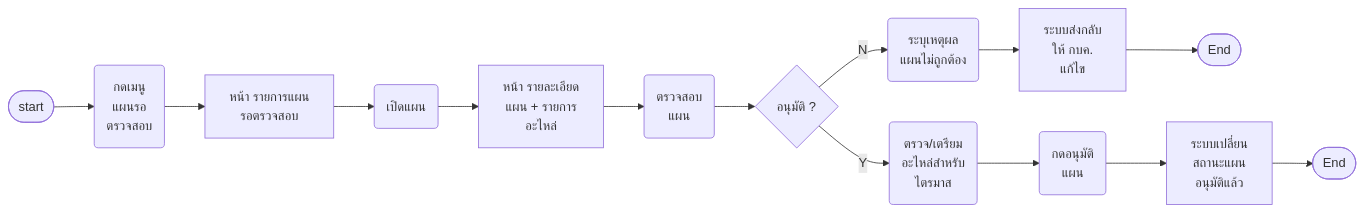
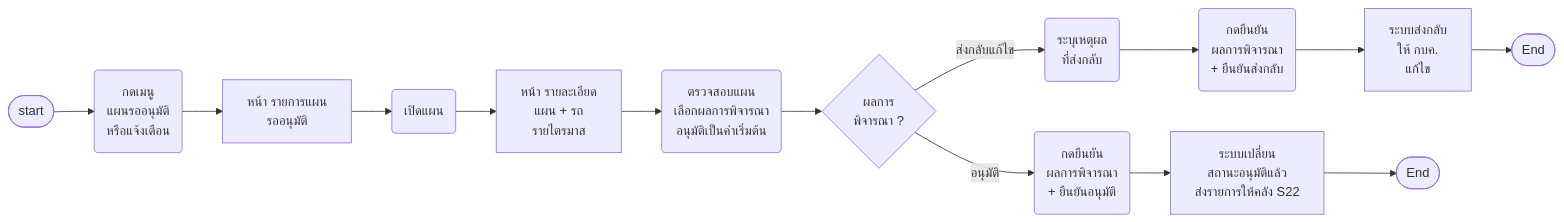
One commit to anugmail/Maintenance-Request-Form changed the second of 21 diagrams in Diagram/01-บำรุงรักษาตามวาระ/14-บำรุงรักษา-userflow.md. Above: the diagram before and after it, drawn with Mermaid. The commit also changed other lines of this file and 24 other files, not shown here.

First line of the commit message:
บำรุงรักษา: S10 กบค. / S23 ผู้รับจ้าง (แยก view · ส่งตรวจงาน · เพิ่ม แก้ไข ลบ อะไหล่และภาพ) · S11 ตรวจรับรายคันแบบการ์ด S2 · use case 76 ข้อ + ตาม scenario · export ทั้งชุดลงหน้า Maintainance

````diff
--- a/Diagram/01-บำรุงรักษาตามวาระ/14-บำรุงรักษา-userflow.md
+++ b/Diagram/01-บำรุงรักษาตามวาระ/14-บำรุงรักษา-userflow.md
@@ -111,18 +153,17 @@
 ```mermaid
 flowchart LR
-    S([start]) --> A0("กดเมนู<br/>แผนรอ<br/>ตรวจสอบ")
-    A0 --> D1["หน้า รายการแผน<br/>รอตรวจสอบ"]
+    S([start]) --> A0("กดเมนู<br/>แผนรออนุมัติ<br/>หรือแจ้งเตือน")
+    A0 --> D1["หน้า รายการแผน<br/>รออนุมัติ"]
     D1 --> A1("เปิดแผน")
-    A1 --> D2["หน้า รายละเอียด<br/>แผน + รายการ<br/>อะไหล่"]
-    D2 --> A2("ตรวจสอบ<br/>แผน")
-    A2 --> Q1{"อนุมัติ ?"}
-    Q1 -->|N| A3("ระบุเหตุผล<br/>แผนไม่ถูกต้อง")
-    A3 --> D3["ระบบส่งกลับ<br/>ให้ กบค.<br/>แก้ไข"]
+    A1 --> D2["หน้า รายละเอียด<br/>แผน + รถ<br/>รายไตรมาส"]
+    D2 --> A2("ตรวจสอบแผน<br/>เลือกผลการพิจารณา<br/>อนุมัติเป็นค่าเริ่มต้น")
+    A2 --> Q1{"ผลการ<br/>พิจารณา ?"}
+    Q1 -->|ส่งกลับแก้ไข| A3("ระบุเหตุผล<br/>ที่ส่งกลับ")
+    A3 --> A4("กดยืนยัน<br/>ผลการพิจารณา<br/>+ ยืนยันส่งกลับ")
+    A4 --> D3["ระบบส่งกลับ<br/>ให้ กบค.<br/>แก้ไข"]
     D3 --> E1([End])
-    Q1 -->|Y| A4("ตรวจ/เตรียม<br/>อะไหล่สำหรับ<br/>ไตรมาส")
-    A4 --> A5("กดอนุมัติ<br/>แผน")
-    A5 --> D4["ระบบเปลี่ยน<br/>สถานะแผน<br/>อนุมัติแล้ว"]
+    Q1 -->|อนุมัติ| A5("กดยืนยัน<br/>ผลการพิจารณา<br/>+ ยืนยันอนุมัติ")
+    A5 --> D4["ระบบเปลี่ยน<br/>สถานะอนุมัติแล้ว<br/>ส่งรายการให้คลัง S22"]
     D4 --> E([End])
-    %% Q: A0 | Q1 ❓ ผพจ. ย่อจากอะไร เป็นหน่วยเดียวกับ "ฝ่ายพัสดุ" ที่ผังเดิมเรียกไหม
-    %% Q: A4 | Q3 ❓ "ตรวจ/เตรียมอะไหล่เพื่อใช้ในไตรมาส" ทำในระบบ (มีหน้าจอ) หรือนอกระบบ
+    %% Q: A0 | Q32 ❓ ผู้อนุมัติคือใคร (ผู้บังคับบัญชาตามสาย หรือหัวหน้า กบค.) · อนุมัติชั้นเดียวหรือหลายชั้น
 ```
````
